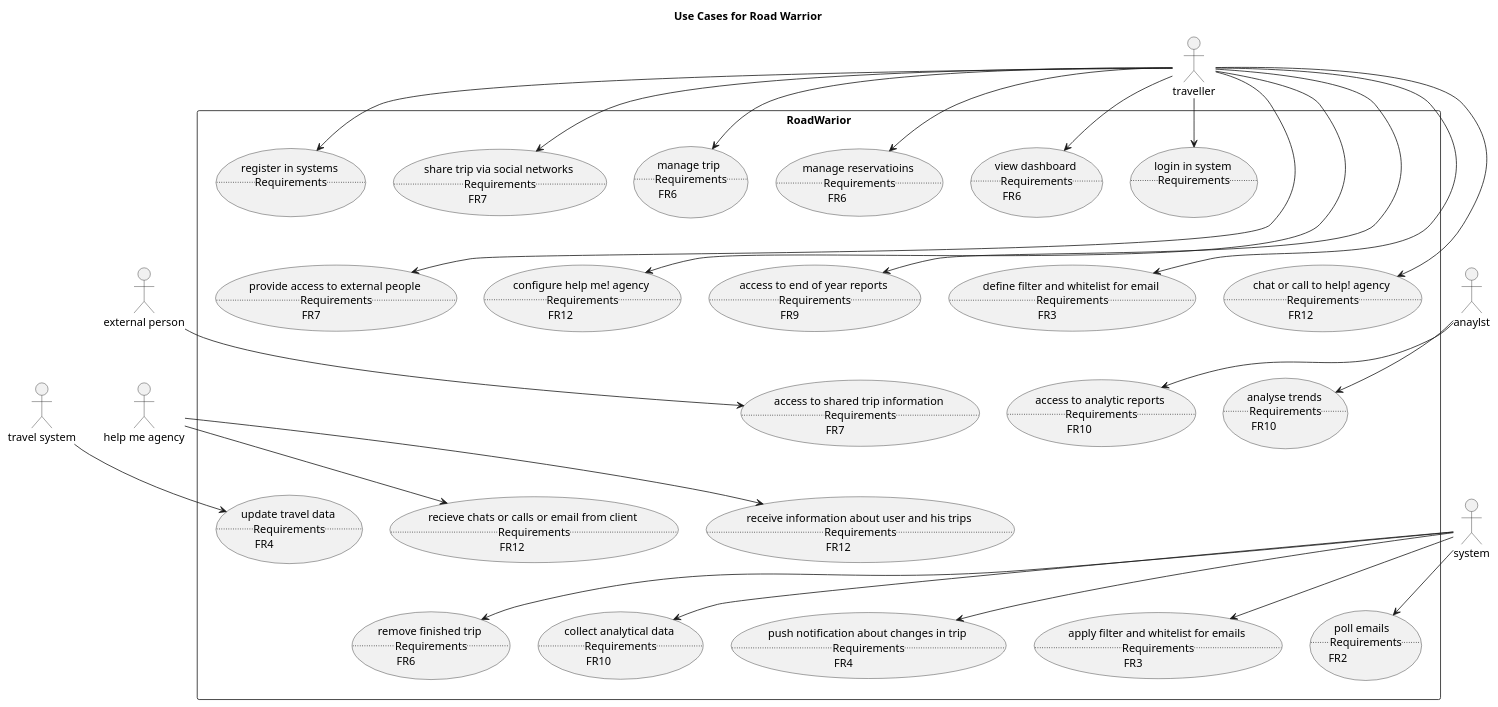
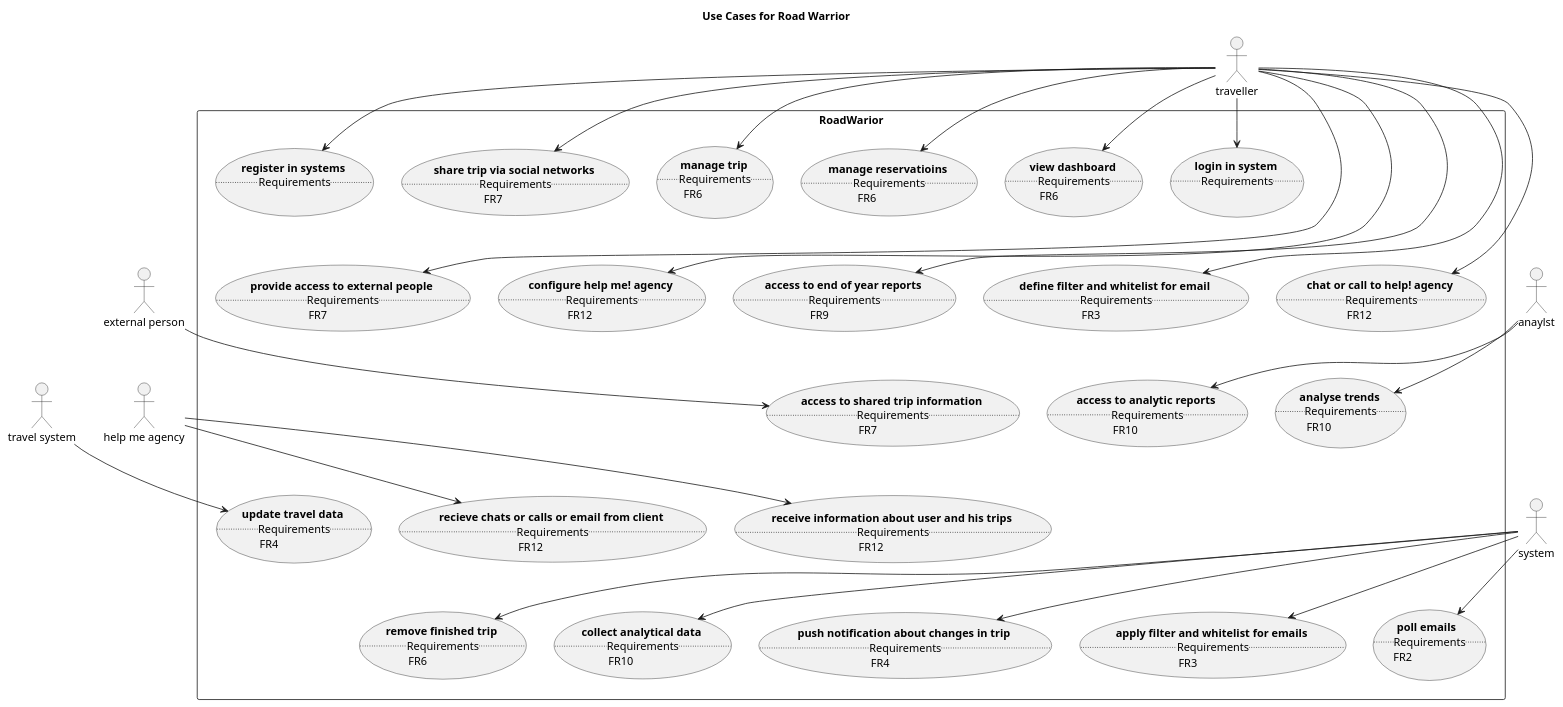
The diagram in diagrams/use-cases.puml (wschaef/architecture-kata-2023), drawn with PlantUML before and after one commit. The commit also changed 1 other file, not shown here.

```diff
--- a/diagrams/use-cases.puml
+++ b/diagrams/use-cases.puml
@@ -1,87 +1,87 @@
 @startuml UseCaseOverview
 
 title Use Cases for Road Warrior
 
 actor :traveller: as tr
 actor :external person: as ep
 actor :anaylst: as an
 actor :help me agency: as hma
 actor :travel system: as ts
 actor :system: as sy
 
 ep -[hidden]right- hma
 ts -[hidden]right- hma
 rectangle RoadWarior {
   together {
-    usecase RIS as "register in systems \n..Requirements..\n"
-    usecase lis as "login in system \n..Requirements..\n"
-    usecase vd as "view dashboard \n..Requirements..\nFR6"
-    usecase mr as "manage reservatioins \n..Requirements..\n FR6"
-    usecase mt as "manage trip \n..Requirements..\n FR6"
-    usecase stsn as "share trip via social networks \n..Requirements..\n FR7"
+    usecase RIS as "**register in systems** \n..Requirements..\n"
+    usecase lis as "**login in system** \n..Requirements..\n"
+    usecase vd as "**view dashboard** \n..Requirements..\nFR6"
+    usecase mr as "**manage reservatioins** \n..Requirements..\n FR6"
+    usecase mt as "**manage trip** \n..Requirements..\n FR6"
+    usecase stsn as "**share trip via social networks** \n..Requirements..\n FR7"
   }
   
   together {
-    usecase patep as "provide access to external people \n..Requirements..\nFR7"
-    usecase cmha as "configure help me! agency \n..Requirements..\nFR12"
-    usecase ater as "access to end of year reports \n..Requirements..\nFR9"
-    usecase dfawfe as "define filter and whitelist for email \n..Requirements..\nFR3"
-    usecase coctha as "chat or call to help! agency \n..Requirements..\nFR12"
+    usecase patep as "**provide access to external people** \n..Requirements..\nFR7"
+    usecase cmha as "**configure help me! agency** \n..Requirements..\nFR12"
+    usecase ater as "**access to end of year reports** \n..Requirements..\nFR9"
+    usecase dfawfe as "**define filter and whitelist for email** \n..Requirements..\nFR3"
+    usecase coctha as "**chat or call to help! agency** \n..Requirements..\nFR12"
   }
   
   together {
-    usecase atsti as "access to shared trip information \n..Requirements..\nFR7"
-    usecase atar as "access to analytic reports \n..Requirements..\nFR10"
-    usecase at as "analyse trends \n..Requirements..\nFR10"
+    usecase atsti as "**access to shared trip information** \n..Requirements..\nFR7"
+    usecase atar as "**access to analytic reports** \n..Requirements..\nFR10"
+    usecase at as "**analyse trends** \n..Requirements..\nFR10"
   }
   
   together {
-    usecase riauaht as "receive information about user and his trips \n..Requirements..\nFR12"
-    usecase utd as "update travel data \n..Requirements..\nFR4"
-    usecase rcocoefc as "recieve chats or calls or email from client \n..Requirements..\nFR12"
+    usecase riauaht as "**receive information about user and his trips** \n..Requirements..\nFR12"
+    usecase utd as "**update travel data** \n..Requirements..\nFR4"
+    usecase rcocoefc as "**recieve chats or calls or email from client** \n..Requirements..\nFR12"
   }
   
   together {
-    usecase pe as "poll emails \n..Requirements..\nFR2"
-    usecase afawfe as "apply filter and whitelist for emails \n..Requirements..\nFR3"
-    usecase pnacit as "push notification about changes in trip \n..Requirements..\nFR4"
-    usecase rft as "remove finished trip \n..Requirements..\nFR6"
-    usecase cad as "collect analytical data \n..Requirements..\nFR10"
+    usecase pe as "**poll emails** \n..Requirements..\nFR2"
+    usecase afawfe as "**apply filter and whitelist for emails** \n..Requirements..\nFR3"
+    usecase pnacit as "**push notification about changes in trip** \n..Requirements..\nFR4"
+    usecase rft as "**remove finished trip** \n..Requirements..\nFR6"
+    usecase cad as "**collect analytical data** \n..Requirements..\nFR10"
   }
 }
 
 sy --> cad
 sy --> rft
 sy --> pnacit
 sy --> afawfe
 sy --> pe
 
 tr --> RIS
 tr --> lis
 tr --> vd
 tr --> mr
 tr --> mt
 tr --> stsn
 tr --> patep
 tr --> cmha
 tr --> coctha
 tr --> ater
 tr --> dfawfe
 
 ep --> atsti
 
 an --> at
 an --> atar
 
 hma --> rcocoefc
 hma --> riauaht
 
 ts --> utd
 
 'Include dependencies, so that they are not in a single line
 RIS -[hidden]- patep
 patep -[hidden]- atsti
 atsti -[hidden]- riauaht 
 riauaht -[hidden]- rft
 
 @enduml
```
